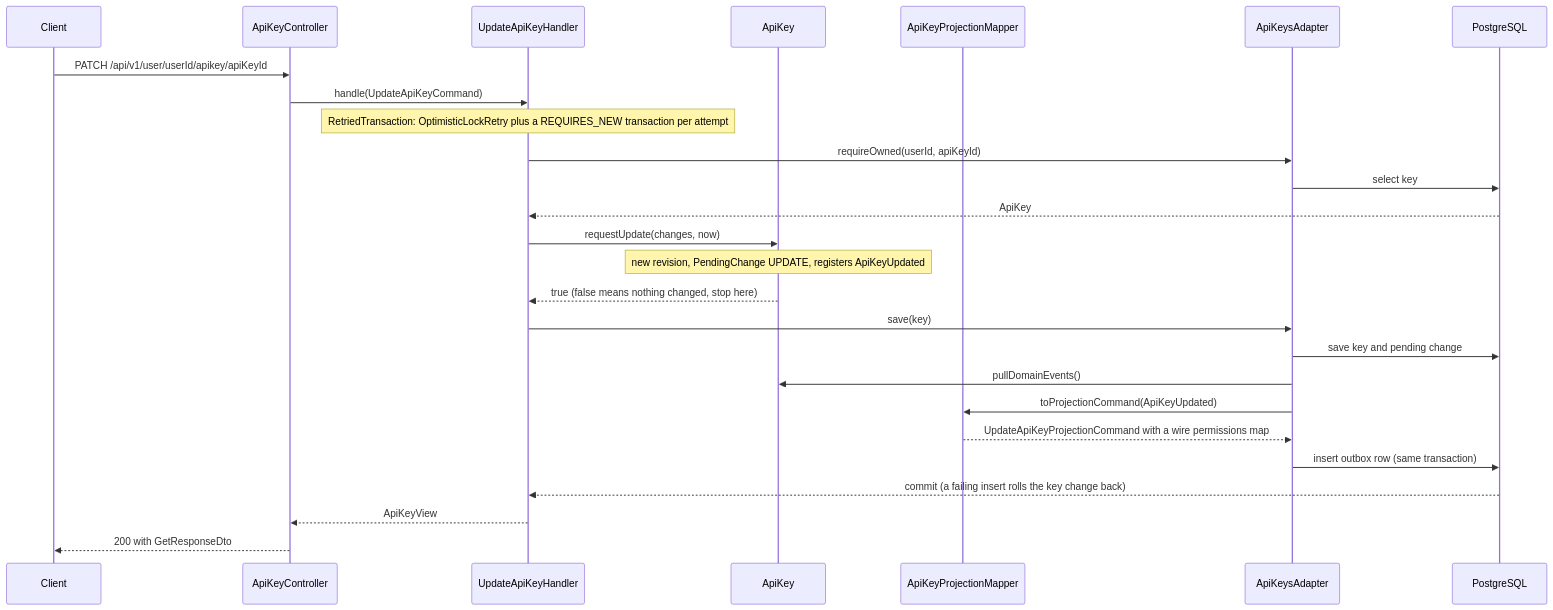
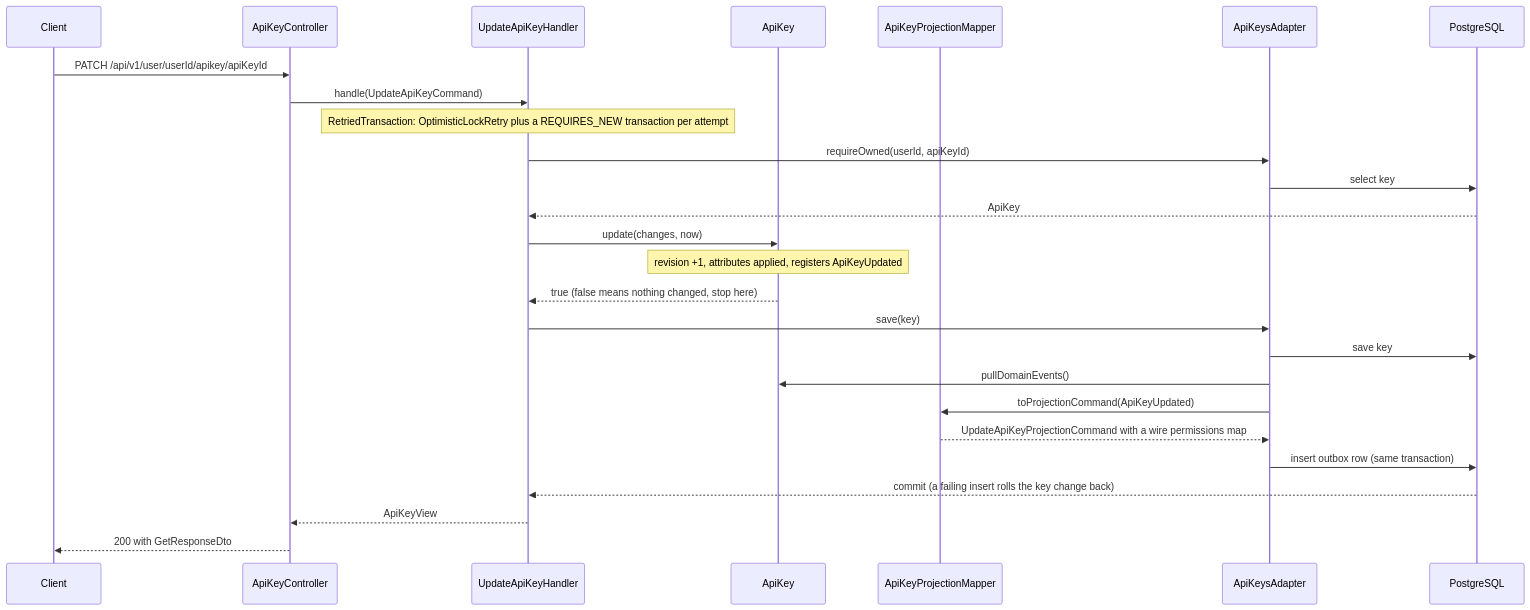
One commit to Dhiren9939/HQ-Tier0 changed the sixth of 14 diagrams in docs/access-context.md. Above: the diagram before and after it, drawn with Mermaid. The commit also changed other lines of this file and 53 other files, not shown here.

````diff
--- a/docs/access-context.md
+++ b/docs/access-context.md
@@ -730,29 +610,29 @@
 ```mermaid
 sequenceDiagram
     participant Client
     participant Ctl as ApiKeyController
     participant H as UpdateApiKeyHandler
     participant Key as ApiKey
     participant Map as ApiKeyProjectionMapper
     participant Ad as ApiKeysAdapter
     participant DB as PostgreSQL
 
     Client->>Ctl: PATCH /api/v1/user/userId/apikey/apiKeyId
     Ctl->>H: handle(UpdateApiKeyCommand)
     Note over H: RetriedTransaction: OptimisticLockRetry plus a REQUIRES_NEW transaction per attempt
     H->>Ad: requireOwned(userId, apiKeyId)
     Ad->>DB: select key
     DB-->>H: ApiKey
-    H->>Key: requestUpdate(changes, now)
-    Note over Key: new revision, PendingChange UPDATE, registers ApiKeyUpdated
+    H->>Key: update(changes, now)
+    Note over Key: revision +1, attributes applied, registers ApiKeyUpdated
     Key-->>H: true (false means nothing changed, stop here)
     H->>Ad: save(key)
-    Ad->>DB: save key and pending change
+    Ad->>DB: save key
     Ad->>Key: pullDomainEvents()
     Ad->>Map: toProjectionCommand(ApiKeyUpdated)
     Map-->>Ad: UpdateApiKeyProjectionCommand with a wire permissions map
     Ad->>DB: insert outbox row (same transaction)
     DB-->>H: commit (a failing insert rolls the key change back)
     H-->>Ctl: ApiKeyView
     Ctl-->>Client: 200 with GetResponseDto
 ```
````
